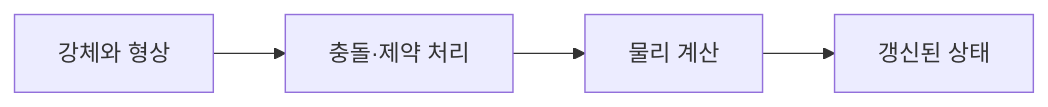
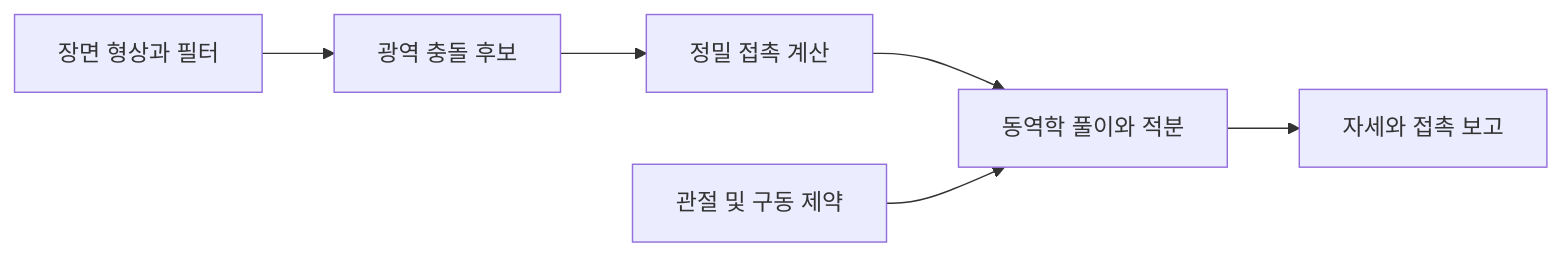
Before and after one commit to james-joobs/awesome-nvidia-physical-ai: the diagram in docs/ko/nvidia-physx.md, drawn with Mermaid. The commit also changed other lines of this file and 187 other files, not shown here.

Commit message:
Expand bilingual guides with official architecture references

````diff
--- a/docs/ko/nvidia-physx.md
+++ b/docs/ko/nvidia-physx.md
@@ -15,4 +18,14 @@
 ```mermaid
 flowchart LR
-    A["강체와 형상"] --> B["충돌·제약 처리"] --> C["물리 계산"] --> D["갱신된 상태"]
+    s["장면 형상과 필터"]
+    pairs["광역 충돌 후보"]
+    contacts["정밀 접촉 계산"]
+    j["관절 및 구동 제약"]
+    step["동역학 풀이와 적분"]
+    report["자세와 접촉 보고"]
+    s --> pairs
+    pairs --> contacts
+    contacts --> step
+    j --> step
+    step --> report
 ```
````
